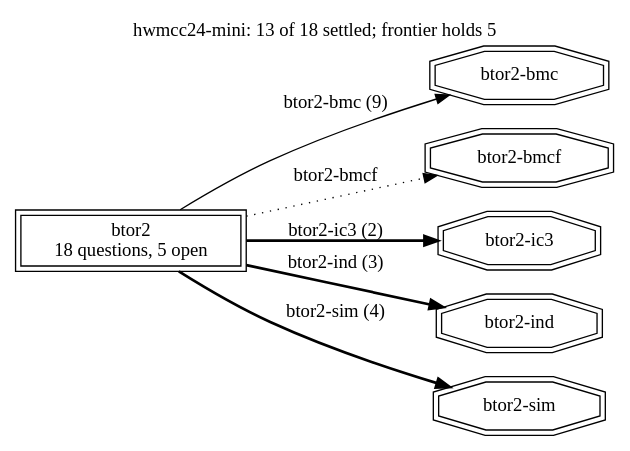
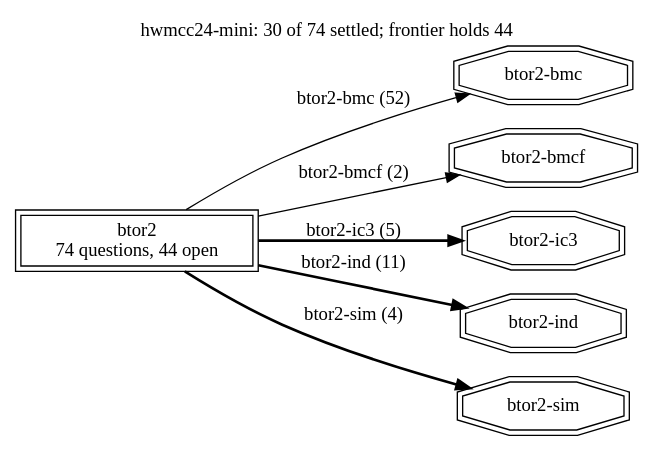
The diagram in runs/hwmcc24-mini/frontier.dot (cksystemsgroup/hurdy-gurdy), drawn with Graphviz before and after one commit. The commit also changed 59 other files, not shown here.

```diff
--- a/runs/hwmcc24-mini/frontier.dot
+++ b/runs/hwmcc24-mini/frontier.dot
@@ -1,16 +1,16 @@
 digraph "hwmcc24-mini" {
   rankdir=LR; labelloc=t;
-  label="hwmcc24-mini: 13 of 18 settled; frontier holds 5";
+  label="hwmcc24-mini: 30 of 74 settled; frontier holds 44";
   node [shape=box];
-  "btor2" [peripheries=2, label="btor2\n18 questions, 5 open"];
+  "btor2" [peripheries=2, label="btor2\n74 questions, 44 open"];
   "terminal:btor2-bmc" [shape=doubleoctagon, label="btor2-bmc"];
-  "btor2" -> "terminal:btor2-bmc" [style=solid, label="btor2-bmc (9)"];
+  "btor2" -> "terminal:btor2-bmc" [style=solid, label="btor2-bmc (52)"];
   "terminal:btor2-bmcf" [shape=doubleoctagon, label="btor2-bmcf"];
-  "btor2" -> "terminal:btor2-bmcf" [style=dotted, label="btor2-bmcf"];
+  "btor2" -> "terminal:btor2-bmcf" [style=solid, label="btor2-bmcf (2)"];
   "terminal:btor2-ic3" [shape=doubleoctagon, label="btor2-ic3"];
-  "btor2" -> "terminal:btor2-ic3" [style=bold, label="btor2-ic3 (2)"];
+  "btor2" -> "terminal:btor2-ic3" [style=bold, label="btor2-ic3 (5)"];
   "terminal:btor2-ind" [shape=doubleoctagon, label="btor2-ind"];
-  "btor2" -> "terminal:btor2-ind" [style=bold, label="btor2-ind (3)"];
+  "btor2" -> "terminal:btor2-ind" [style=bold, label="btor2-ind (11)"];
   "terminal:btor2-sim" [shape=doubleoctagon, label="btor2-sim"];
   "btor2" -> "terminal:btor2-sim" [style=bold, label="btor2-sim (4)"];
 }
```
